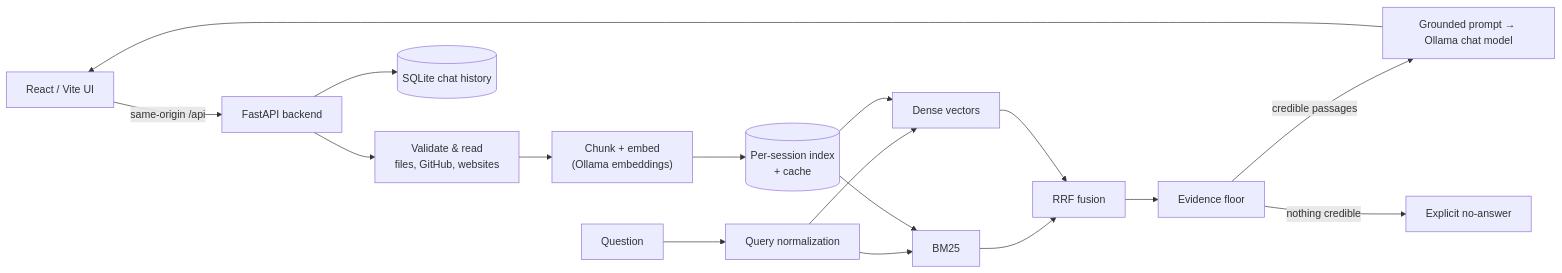
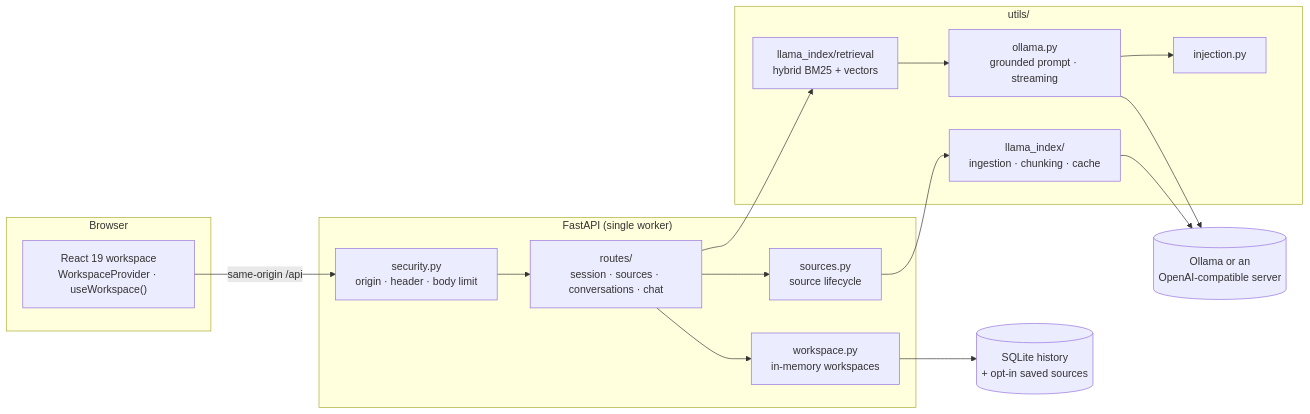
One commit to Amaann190/DocMind-AI changed the first of 2 diagrams in README.md. Above: the diagram before and after it, drawn with Mermaid. The commit also changed other lines of this file and 2 other files, not shown here.

````diff
--- a/README.md
+++ b/README.md
@@ -38,16 +187,27 @@
 ```mermaid
 flowchart LR
-    UI["React / Vite UI"] -->|same-origin /api| API["FastAPI backend"]
-    API --> V["Validate & read<br/>files, GitHub, websites"]
-    V --> C["Chunk + embed<br/>(Ollama embeddings)"]
-    C --> I[("Per-session index<br/>+ cache")]
-    Q["Question"] --> N["Query normalization"]
-    N --> B["BM25"] & D["Dense vectors"]
-    I --> B & D
-    B & D --> F["RRF fusion"]
-    F --> E["Evidence floor"]
-    E -->|credible passages| G["Grounded prompt → Ollama chat model"]
-    E -->|nothing credible| R["Explicit no-answer"]
-    G --> UI
-    API --> H[("SQLite chat history")]
+    subgraph Browser
+        UI["React 19 workspace<br/>WorkspaceProvider · useWorkspace()"]
+    end
+    subgraph API["FastAPI (single worker)"]
+        SEC["security.py<br/>origin · header · body limit"]
+        R["routes/<br/>session · sources · conversations · chat"]
+        W["workspace.py<br/>in-memory workspaces"]
+        S["sources.py<br/>source lifecycle"]
+    end
+    subgraph Core["utils/"]
+        ING["llama_index/<br/>ingestion · chunking · cache"]
+        RET["llama_index/retrieval<br/>hybrid BM25 + vectors"]
+        GEN["ollama.py<br/>grounded prompt · streaming"]
+        INJ["injection.py"]
+    end
+    OLL[("Ollama or an<br/>OpenAI-compatible server")]
+    DB[("SQLite history<br/>+ opt-in saved sources")]
+
+    UI -- "same-origin /api" --> SEC --> R
+    R --> W & S
+    S --> ING --> OLL
+    R --> RET --> GEN --> OLL
+    GEN --> INJ
+    W --> DB
 ```
````
